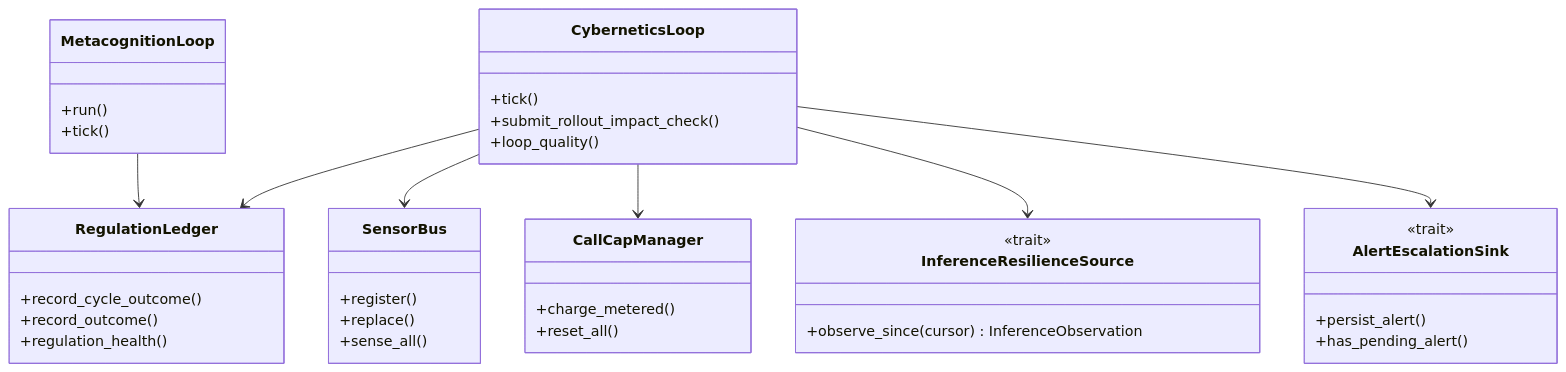
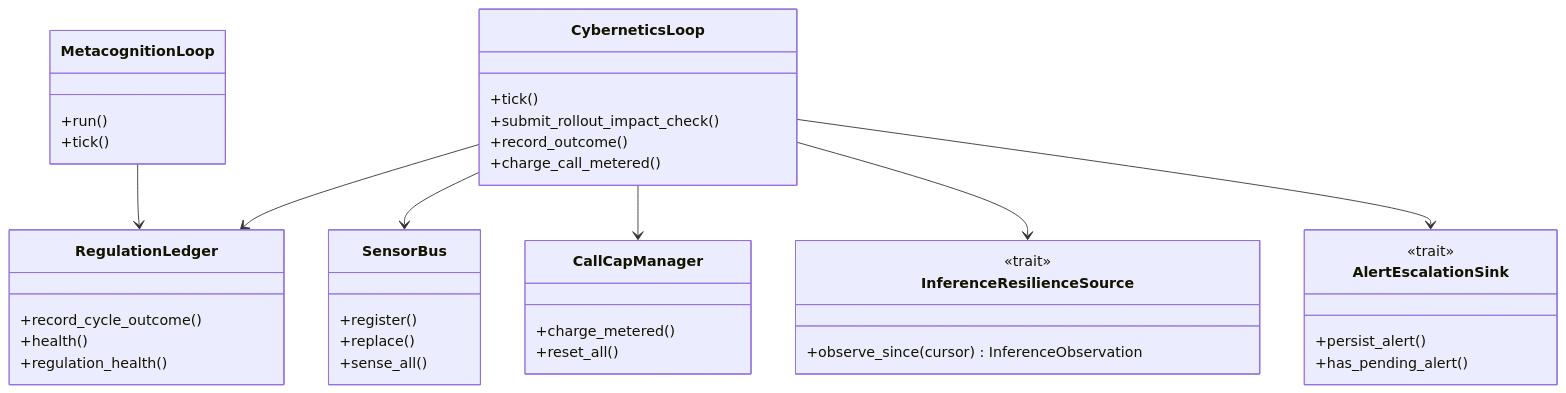
Before and after one commit to mdz-axo/zed-kask: the first of 3 diagrams in kask/docs/diataxis/hkask-regulation/reference.md, drawn with Mermaid. The commit also changed other lines of this file and 43 other files, not shown here.

````diff
--- a/kask/docs/diataxis/hkask-regulation/reference.md
+++ b/kask/docs/diataxis/hkask-regulation/reference.md
@@ -58,41 +58,42 @@
 ```mermaid
 classDiagram
     class CyberneticsLoop {
         +tick()
         +submit_rollout_impact_check()
-        +loop_quality()
+        +record_outcome()
+        +charge_call_metered()
     }
     class RegulationLedger {
         +record_cycle_outcome()
-        +record_outcome()
+        +health()
         +regulation_health()
     }
     class SensorBus {
         +register()
         +replace()
         +sense_all()
     }
     class CallCapManager {
         +charge_metered()
         +reset_all()
     }
     class InferenceResilienceSource {
         <<trait>>
         +observe_since(cursor) InferenceObservation
     }
     class MetacognitionLoop {
         +run()
         +tick()
     }
     class AlertEscalationSink {
         <<trait>>
         +persist_alert()
         +has_pending_alert()
     }
     CyberneticsLoop --> RegulationLedger
     CyberneticsLoop --> SensorBus
     CyberneticsLoop --> CallCapManager
     CyberneticsLoop --> InferenceResilienceSource
     CyberneticsLoop --> AlertEscalationSink
     MetacognitionLoop --> RegulationLedger
 ```
````
